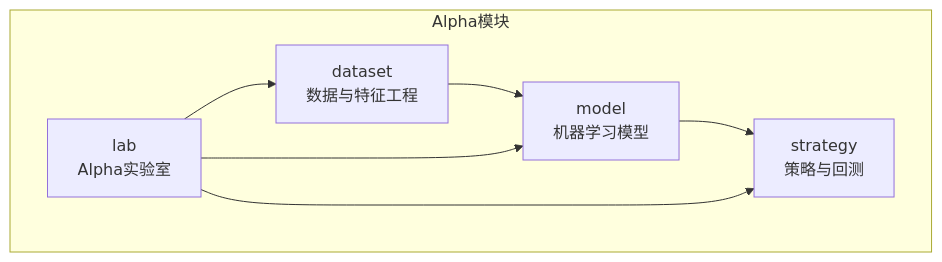
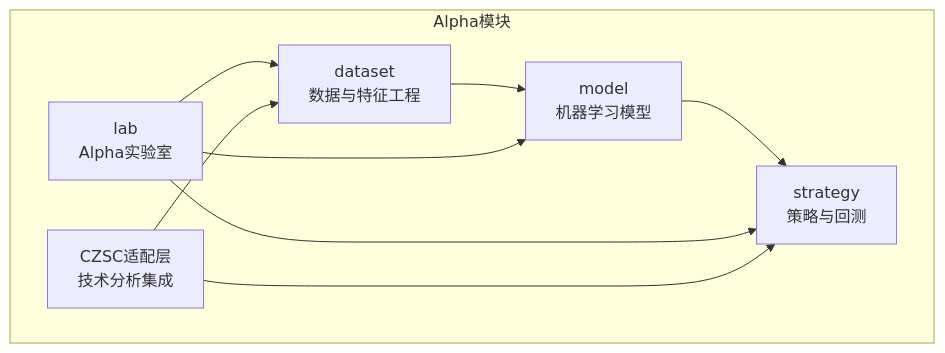
The first of 10 diagrams in .qoder/repowiki/zh/content/Alpha机器学习模块/Alpha策略模块.md (maxtwoon/vnpy), drawn with Mermaid before and after one commit. The commit also changed other lines of this file and 3 other files, not shown here.

````diff
--- a/.qoder/repowiki/zh/content/Alpha机器学习模块/Alpha策略模块.md
+++ b/.qoder/repowiki/zh/content/Alpha机器学习模块/Alpha策略模块.md
@@ -47,14 +52,17 @@
 ```mermaid
 graph TB
 subgraph "Alpha模块"
 A["dataset<br/>数据与特征工程"]
 B["model<br/>机器学习模型"]
 C["strategy<br/>策略与回测"]
 D["lab<br/>Alpha实验室"]
+E["CZSC适配层<br/>技术分析集成"]
 end
 A --> B
 B --> C
 D --> A
 D --> B
 D --> C
+E --> A
+E --> C
 ```
````
